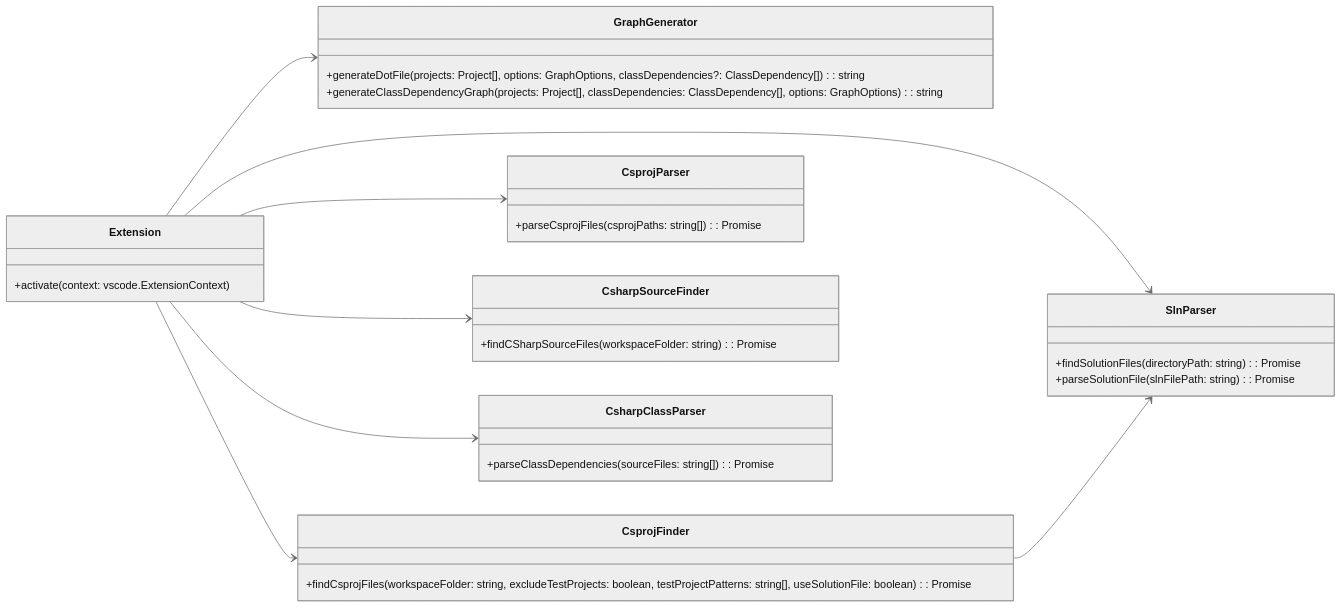
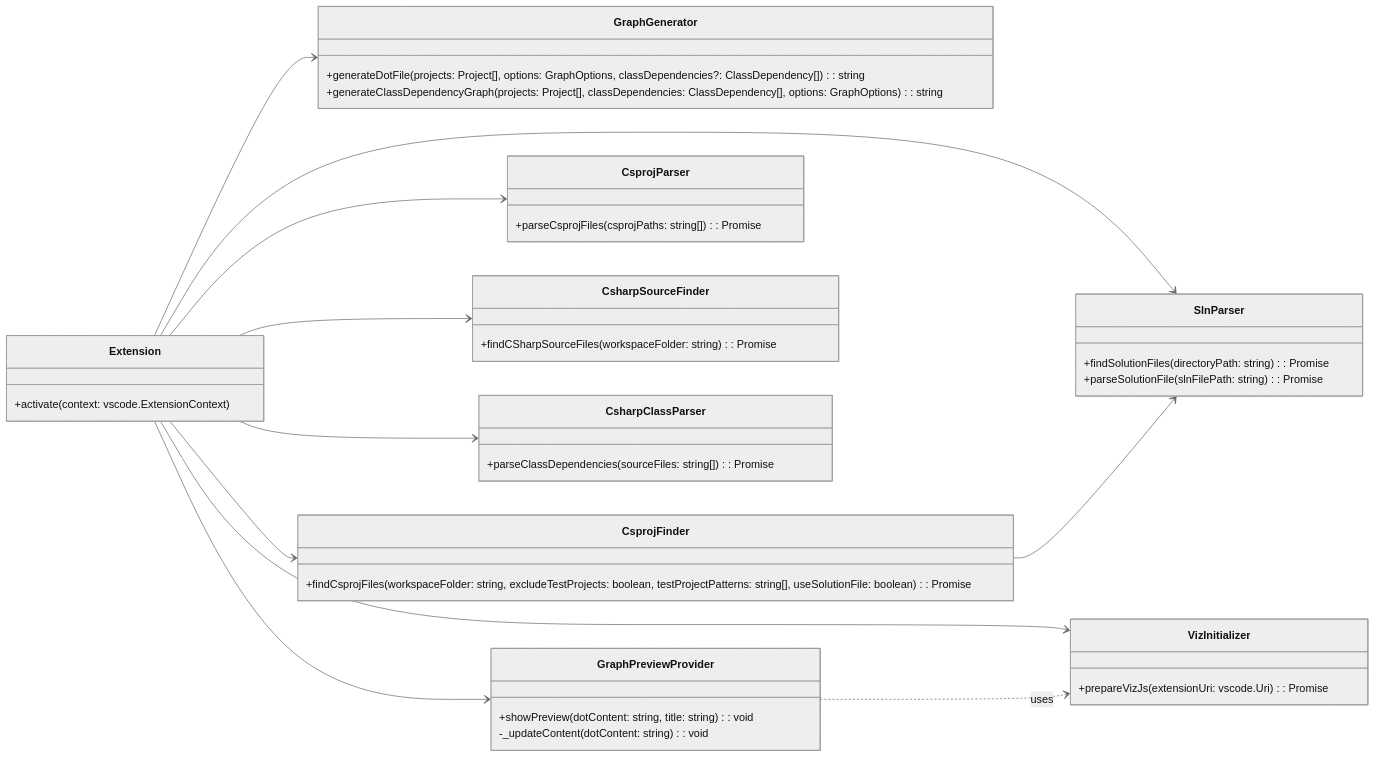
One commit to magic5644/vscode-csharp-dependency-graph changed the diagram in README.md. Above: the diagram before and after it, drawn with Mermaid (neutral theme). The commit also changed other lines of this file and 7 other files, not shown here.

Commit message:
Add new assets and update README and CHANGELOG for Graphviz preview feature

````diff
--- a/README.md
+++ b/README.md
@@ -115,42 +122,54 @@
 ```mermaid
 classDiagram
   direction LR
 
   class Extension {
       +activate(context: vscode.ExtensionContext)
   }
 
   class GraphGenerator {
       +generateDotFile(projects: Project[], options: GraphOptions, classDependencies?: ClassDependency[]): string
       +generateClassDependencyGraph(projects: Project[], classDependencies: ClassDependency[], options: GraphOptions): string
   }
 
   class CsprojFinder {
       +findCsprojFiles(workspaceFolder: string, excludeTestProjects: boolean, testProjectPatterns: string[], useSolutionFile: boolean): Promise<string[]>
   }
 
   class CsprojParser {
       +parseCsprojFiles(csprojPaths: string[]): Promise<Project[]>
   }
 
   class SlnParser {
       +findSolutionFiles(directoryPath: string): Promise<string[]>
       +parseSolutionFile(slnFilePath: string): Promise<string[]>
   }
 
   class CsharpSourceFinder {
       +findCSharpSourceFiles(workspaceFolder: string): Promise<string[]>
   }
 
   class CsharpClassParser {
       +parseClassDependencies(sourceFiles: string[]): Promise<ClassDependency[]>
   }
+  
+  class GraphPreviewProvider {
+      +showPreview(dotContent: string, title: string): void
+      -_updateContent(dotContent: string): void
+  }
+  
+  class VizInitializer {
+      +prepareVizJs(extensionUri: vscode.Uri): Promise<boolean>
+  }
 
   Extension --> GraphGenerator
   Extension --> CsprojFinder
   Extension --> CsprojParser
   Extension --> CsharpSourceFinder
   Extension --> CsharpClassParser
   Extension --> SlnParser
+  Extension --> GraphPreviewProvider
+  Extension --> VizInitializer
   CsprojFinder --> SlnParser
+  GraphPreviewProvider ..> VizInitializer: uses
 ```
````
